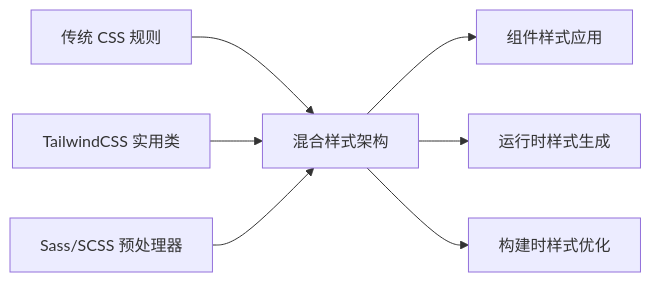
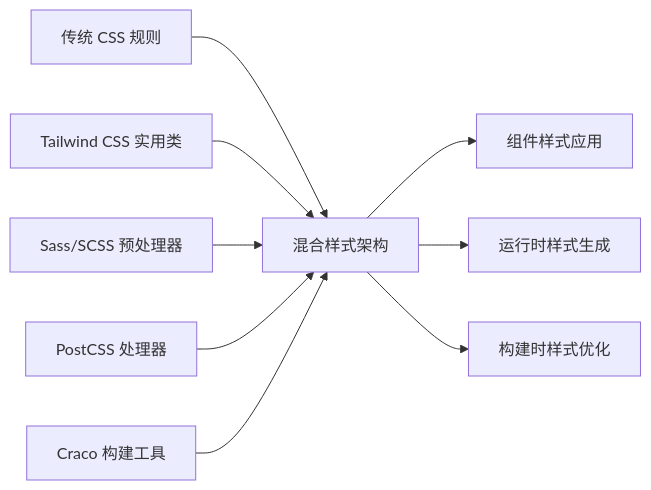
One commit to kkxxll/reactNext changed the sixth of 7 diagrams in .qoder/repowiki/zh/content/核心组件/样式系统.md. Above: the diagram before and after it, drawn with Mermaid. The commit also changed other lines of this file and 12 other files, not shown here.

````diff
--- a/.qoder/repowiki/zh/content/核心组件/样式系统.md
+++ b/.qoder/repowiki/zh/content/核心组件/样式系统.md
@@ -397,9 +469,11 @@
 ```mermaid
 flowchart LR
 A[传统 CSS 规则] --> C[混合样式架构]
-B[TailwindCSS 实用类] --> C
+B[Tailwind CSS 实用类] --> C
 D[Sass/SCSS 预处理器] --> C
-C --> E[组件样式应用]
-C --> F[运行时样式生成]
-C --> G[构建时样式优化]
+E[PostCSS 处理器] --> C
+F[Craco 构建工具] --> C
+C --> G[组件样式应用]
+C --> H[运行时样式生成]
+C --> I[构建时样式优化]
 ```
````
